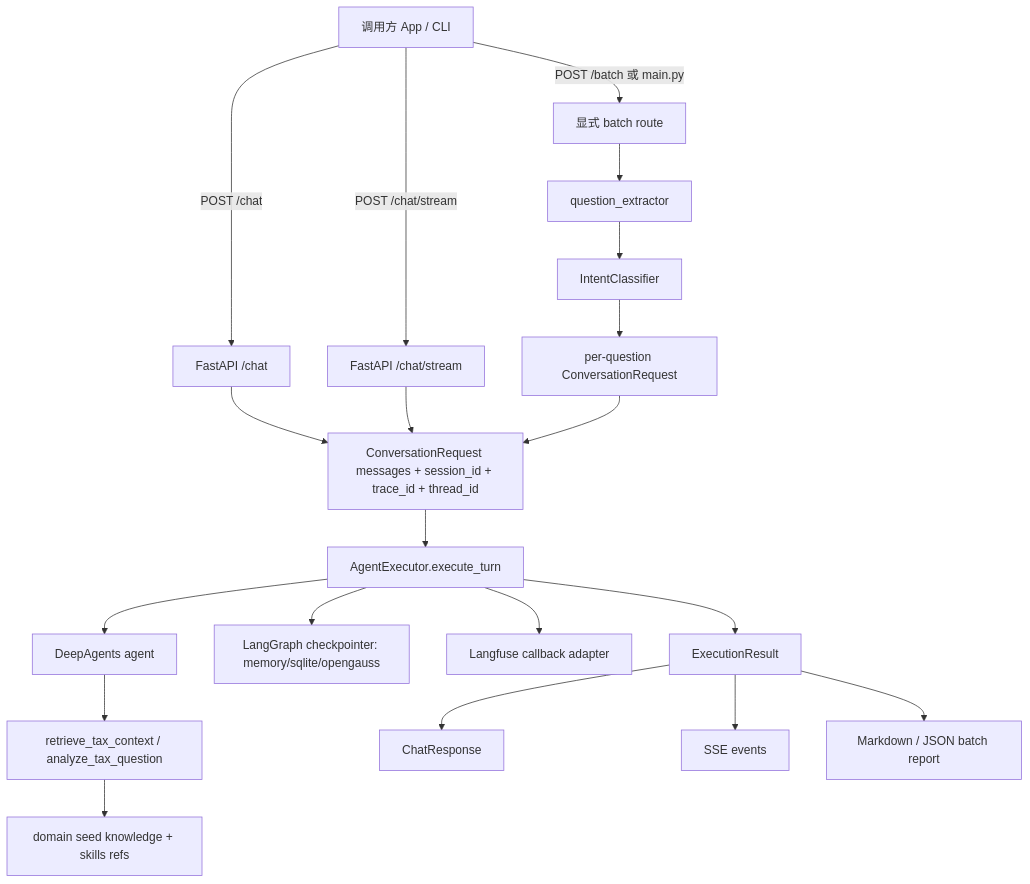
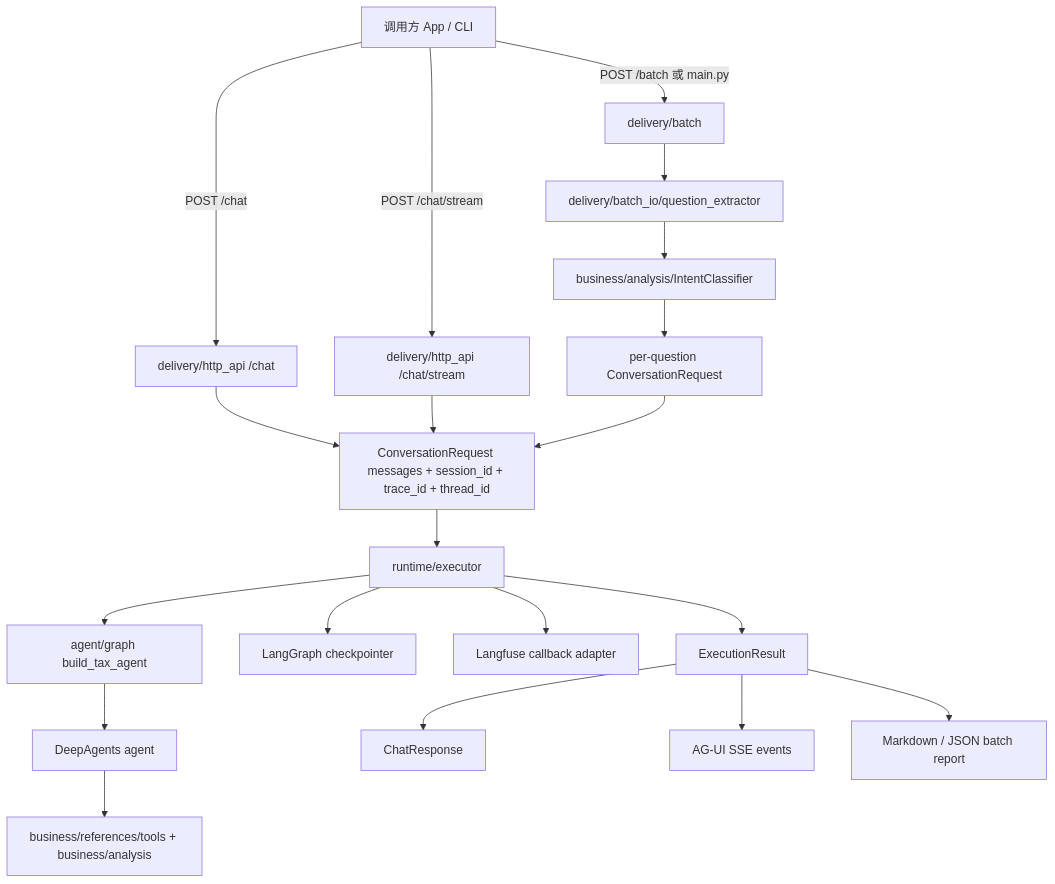
Before and after one commit to xuebuhuijizu/trp-agent: the diagram in docs/guides/part2-tax-agent-runtime-architecture.md, drawn with Mermaid. The commit also changed other lines of this file and 50 other files, not shown here.

First line of the commit message:
refactor: migrate tax agent to harness architecture

````diff
--- a/docs/guides/part2-tax-agent-runtime-architecture.md
+++ b/docs/guides/part2-tax-agent-runtime-architecture.md
@@ -68,27 +72,27 @@
 ```mermaid
 flowchart TD
-    Client[调用方 App / CLI] -->|POST /chat| ChatRoute[FastAPI /chat]
-    Client -->|POST /chat/stream| StreamRoute[FastAPI /chat/stream]
-    Client -->|POST /batch 或 main.py| BatchRoute[显式 batch route]
+    Client[调用方 App / CLI] -->|POST /chat| ChatRoute[delivery/http_api /chat]
+    Client -->|POST /chat/stream| StreamRoute[delivery/http_api /chat/stream]
+    Client -->|POST /batch 或 main.py| BatchRoute[delivery/batch]
 
     ChatRoute --> Turn[ConversationRequest messages + session_id + trace_id + thread_id]
     StreamRoute --> Turn
 
-    BatchRoute --> Extract[question_extractor]
-    Extract --> Classify[IntentClassifier]
+    BatchRoute --> Extract[delivery/batch_io/question_extractor]
+    Extract --> Classify[business/analysis/IntentClassifier]
     Classify --> PerQuestion[per-question ConversationRequest]
     PerQuestion --> Turn
 
-    Turn --> Executor[AgentExecutor.execute_turn]
-    Executor --> DeepAgents[DeepAgents agent]
-    DeepAgents --> Tools[retrieve_tax_context / analyze_tax_question]
-    Tools --> Domain[domain seed knowledge + skills refs]
+    Turn --> Executor[runtime/executor]
+    Executor --> Harness[agent/graph build_tax_agent]
+    Harness --> DeepAgents[DeepAgents agent]
+    DeepAgents --> Tools[business/references/tools + business/analysis]
 
-    Executor --> Checkpoint[LangGraph checkpointer: memory/sqlite/opengauss]
+    Executor --> Checkpoint[LangGraph checkpointer]
     Executor --> Obs[Langfuse callback adapter]
     Executor --> Response[ExecutionResult]
 
     Response --> ChatResp[ChatResponse]
-    Response --> SSE[SSE events]
+    Response --> SSE[AG-UI SSE events]
     Response --> Report[Markdown / JSON batch report]
 ```
````
